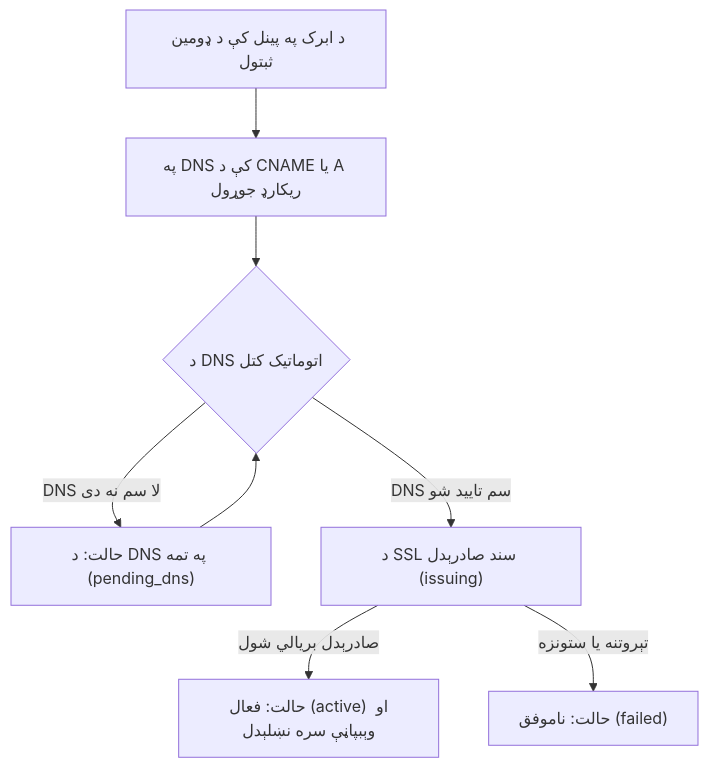
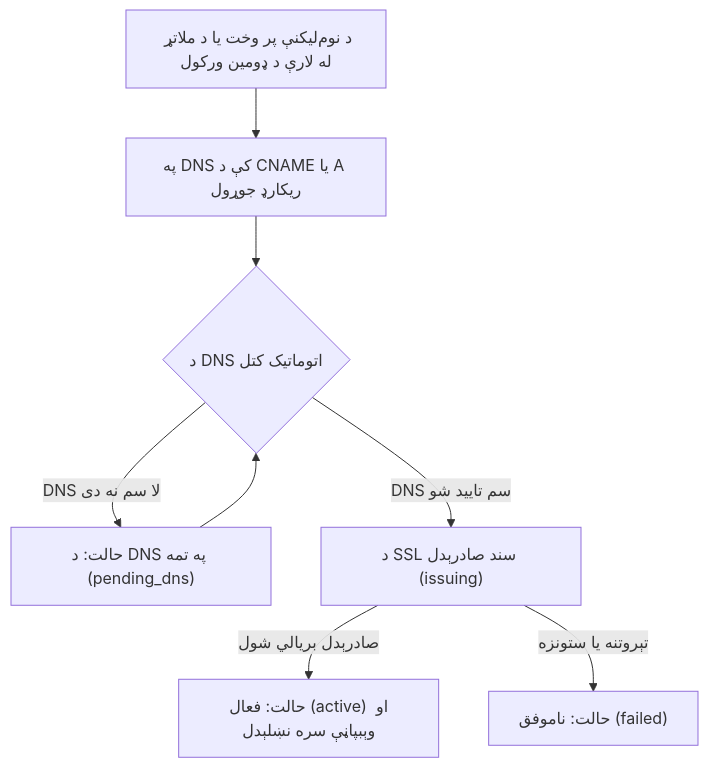
Before and after one commit to abrakorg/abrak-docs: the diagram in ps/custom-domain.md, drawn with Mermaid. The commit also changed other lines of this file and 3 other files, not shown here.

Commit message:
docs(custom-domain): match the live flow — domain given at sign-up or via support, operator starts and removes, notices from the notification centre + account history (no portal claim) (fa, en, ar, ps)

````diff
--- a/ps/custom-domain.md
+++ b/ps/custom-domain.md
@@ -23,10 +23,10 @@
 ```mermaid
 flowchart TD
-    A["د ابرک په پینل کې د ډومین ثبتول"] --> B["په DNS کې د CNAME یا A ریکارډ جوړول"]
+    A["د نوم‌لیکنې پر وخت یا د ملاتړ له لارې د ډومین ورکول"] --> B["په DNS کې د CNAME یا A ریکارډ جوړول"]
     B --> C{"د DNS اتوماتیک کتل"}
     C -- "DNS لا سم نه دی" --> D["حالت: د DNS په تمه (pending_dns)"]
     D --> C
     C -- "DNS سم تایید شو" --> E["د SSL سند صادرېدل (issuing)"]
     E -- "صادرېدل بریالي شول" --> F["حالت: فعال (active) او وېبپاڼې سره نښلېدل"]
     E -- "تېروتنه یا ستونزه" --> G["حالت: ناموفق (failed)"]
 ```
````
